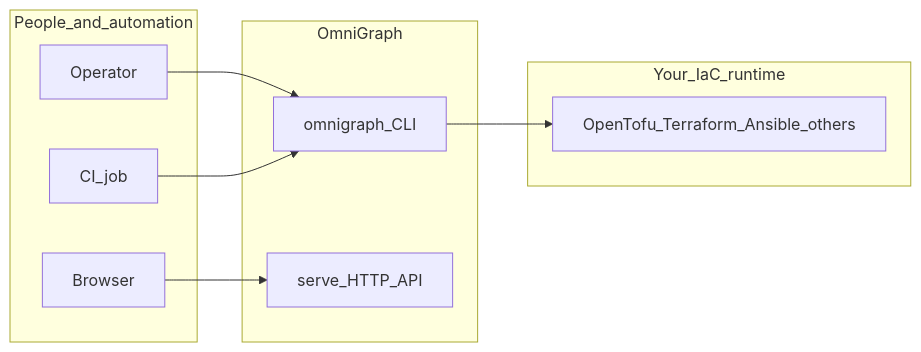
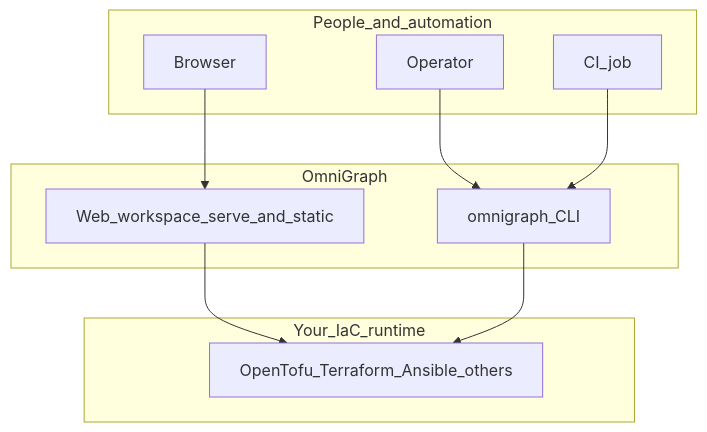
The first of 2 diagrams in docs/overview.md (kennetholsenatm-gif/OmniGraph), drawn with Mermaid before and after one commit. The commit also changed other lines of this file and 25 other files, not shown here.

````diff
--- a/docs/overview.md
+++ b/docs/overview.md
@@ -28,19 +29,20 @@
 ```mermaid
-flowchart LR
-  subgraph people_automation [People_and_automation]
+flowchart TB
+  subgraph people [People_and_automation]
+    Browser
     Operator
     CIJob[CI_job]
-    Browser
   end
-  subgraph omnigraph_entry [OmniGraph]
+  subgraph entry [OmniGraph]
+    UI[Web_workspace_serve_and_static]
     CLI[omnigraph_CLI]
-    HTTP[serve_HTTP_API]
   end
-  subgraph external_iac [Your_IaC_runtime]
+  subgraph external [Your_IaC_runtime]
     Tools[OpenTofu_Terraform_Ansible_others]
   end
+  Browser --> UI
   Operator --> CLI
   CIJob --> CLI
-  Browser --> HTTP
+  UI --> Tools
   CLI --> Tools
 ```
````
